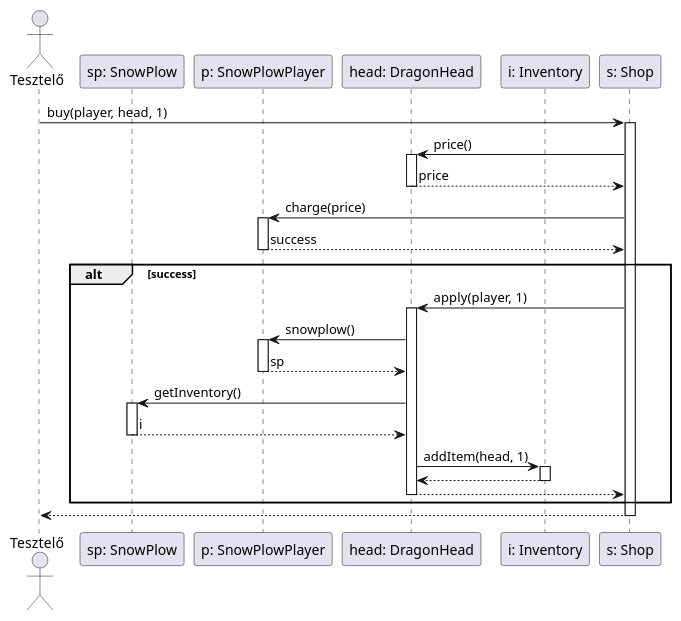
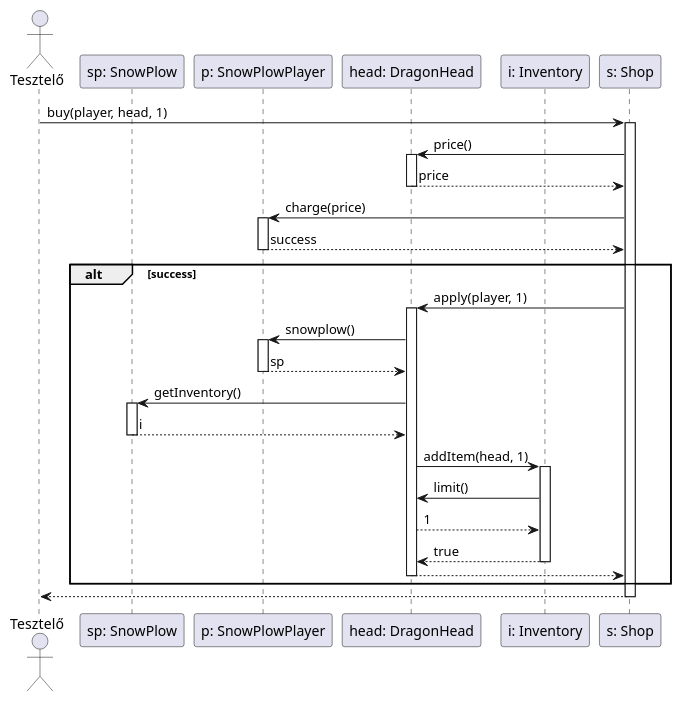
The diagram in docs/skeleton-v2/shop/BuyInventoryItem.plantuml (uhrinandor/spring), drawn with PlantUML before and after one commit. The commit also changed 7 other files, not shown here.

```diff
--- a/docs/skeleton-v2/shop/BuyInventoryItem.plantuml
+++ b/docs/skeleton-v2/shop/BuyInventoryItem.plantuml
@@ -1,43 +1,45 @@
 @startuml BuyInventoryItem
 
 actor "Tesztelő" as tester
 participant "sp: SnowPlow" as sp
 participant "p: SnowPlowPlayer" as player
 participant "head: DragonHead" as item
 participant "i: Inventory" as inventory
 participant "s: Shop" as shop
 tester -> shop: buy(player, head, 1)
 activate shop
 shop -> item: price()
 activate item
 'Skeleton.askInt("Mennyibe kerül?")
 item --> shop: price
 deactivate item
 shop -> player: charge(price)
 activate player
 'Skeleton.askInt("Mennyi pénze van?")
 player --> shop: success
 deactivate player
 alt success
 shop -> item: apply(player, 1)
 activate item
 item -> player: snowplow()
 activate player
 player --> item: sp
 deactivate player
 item -> sp: getInventory()
 activate sp
 sp --> item: i
 deactivate sp
 item -> inventory: addItem(head, 1)
 activate inventory
-inventory --> item:
+inventory -> item: limit()
+item --> inventory:1
+inventory --> item: true
 deactivate inventory
 item --> shop:
 deactivate item
 end
 shop --> tester:
 
 deactivate shop
 
 @enduml
```
